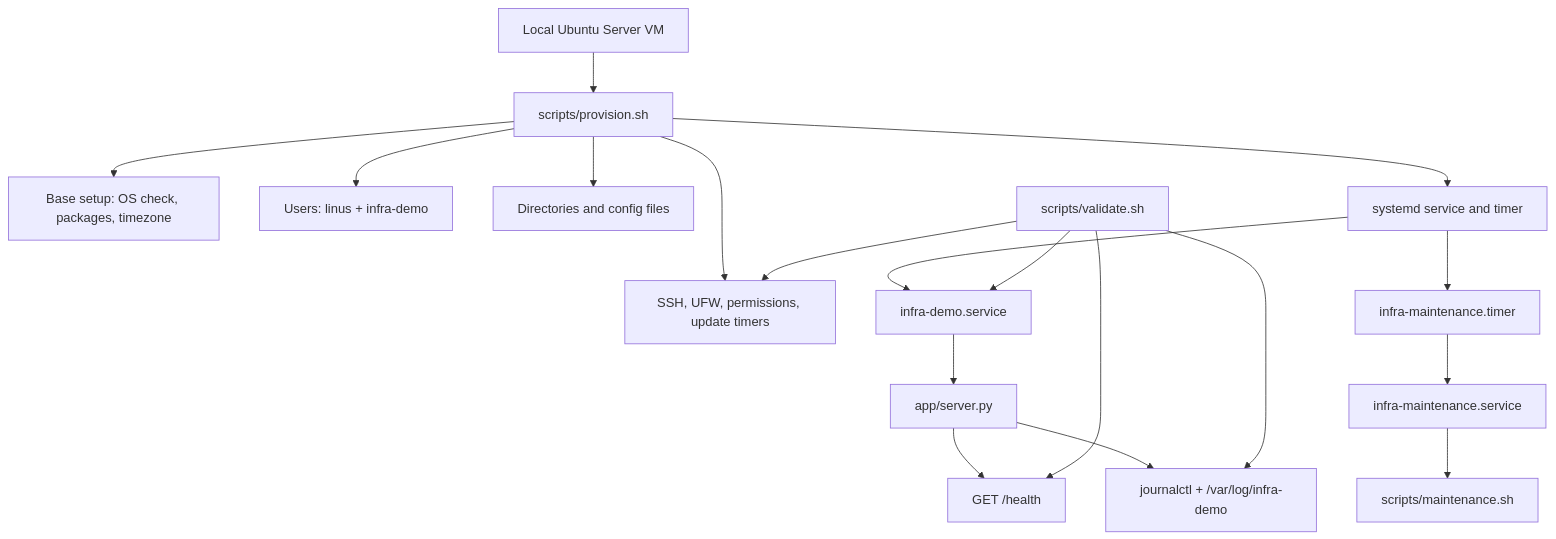
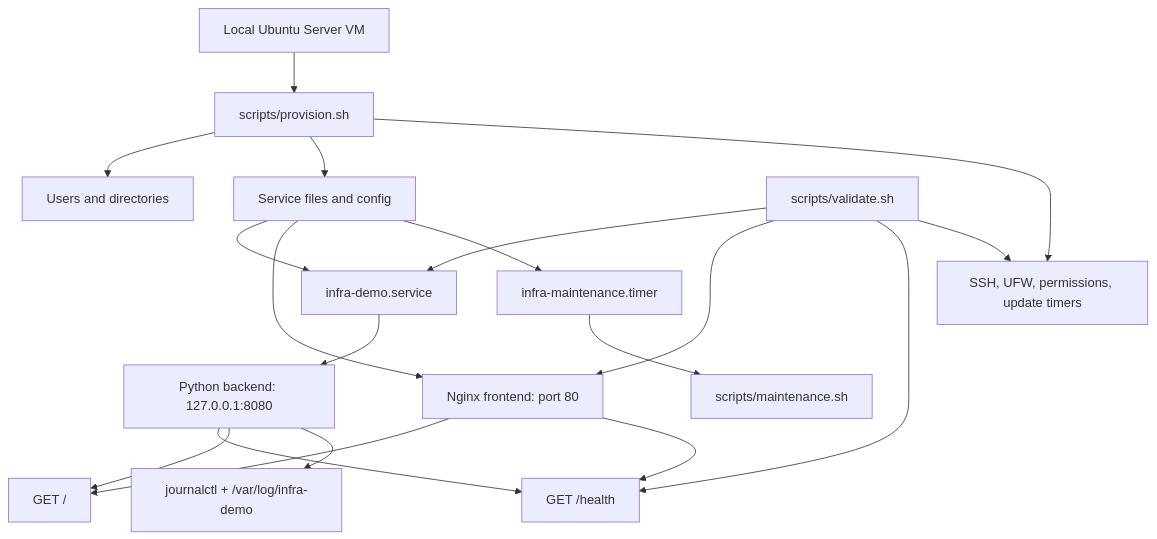
One commit to Ypsh2304/linux-infra-intern-lab changed the first of 2 diagrams in README.md. Above: the diagram before and after it, drawn with Mermaid. The commit also changed other lines of this file and 2 other files, not shown here.

Commit message:
feat(service): add landing page and update project README

````diff
--- a/README.md
+++ b/README.md
@@ -36,24 +27,25 @@
 ```mermaid
 flowchart TD
     VM["Local Ubuntu Server VM"] --> Provision["scripts/provision.sh"]
+    Provision --> Users["Users and directories"]
+    Provision --> ServiceFiles["Service files and config"]
+    Provision --> Hardening["SSH, UFW, permissions, update timers"]
 
-    Provision --> Base["Base setup: OS check, packages, timezone"]
-    Provision --> Users["Users: linus + infra-demo"]
-    Provision --> Files["Directories and config files"]
-    Provision --> Units["systemd service and timer"]
-    Provision --> Security["SSH, UFW, permissions, update timers"]
+    ServiceFiles --> Systemd["infra-demo.service"]
+    Systemd --> Backend["Python backend: 127.0.0.1:8080"]
+    Backend --> Health["GET /health"]
+    Backend --> Page["GET /"]
+    Backend --> Logs["journalctl + /var/log/infra-demo"]
 
-    Units --> DemoService["infra-demo.service"]
-    DemoService --> App["app/server.py"]
-    App --> Health["GET /health"]
-    App --> Logs["journalctl + /var/log/infra-demo"]
+    ServiceFiles --> Nginx["Nginx frontend: port 80"]
+    Nginx --> Page
+    Nginx --> Health
 
-    Units --> MaintTimer["infra-maintenance.timer"]
-    MaintTimer --> MaintService["infra-maintenance.service"]
-    MaintService --> MaintScript["scripts/maintenance.sh"]
+    ServiceFiles --> Timer["infra-maintenance.timer"]
+    Timer --> Maintenance["scripts/maintenance.sh"]
 
-    Validate["scripts/validate.sh"] --> DemoService
+    Validate["scripts/validate.sh"] --> Systemd
+    Validate --> Nginx
     Validate --> Health
-    Validate --> Security
-    Validate --> Logs
+    Validate --> Hardening
 ```
````
